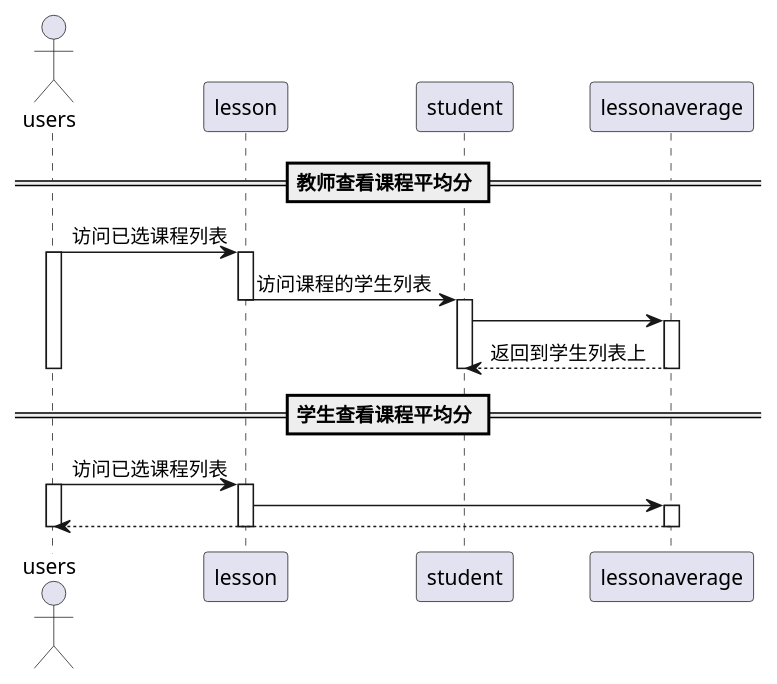
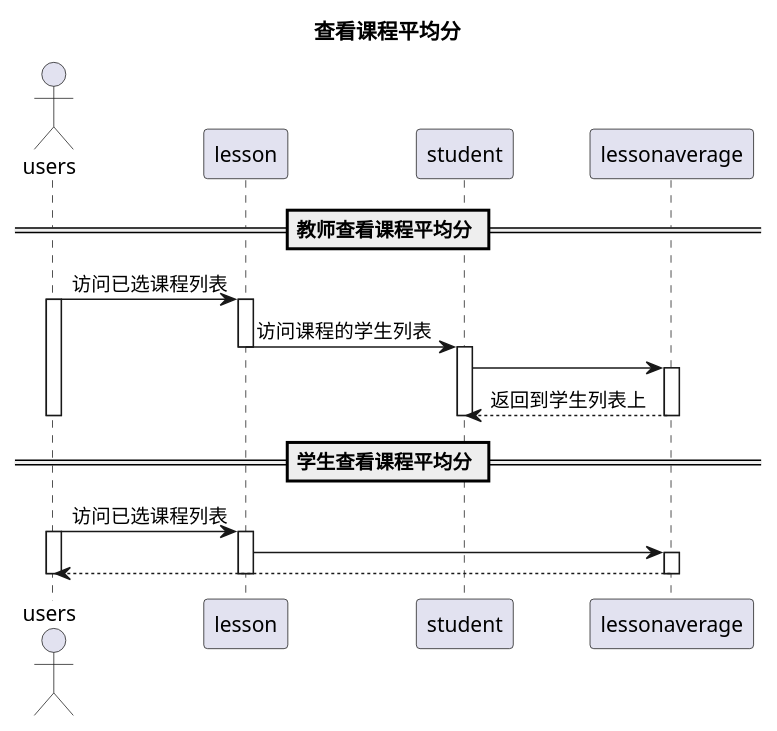
Before and after one commit to mzy1997/is_analysis: the diagram in test6/src/showLessonAverage.puml, drawn with PlantUML. The commit also changed 35 other files, not shown here.

```diff
--- a/test6/src/showLessonAverage.puml
+++ b/test6/src/showLessonAverage.puml
@@ -1,29 +1,30 @@
 @startuml
+title 查看课程平均分
 actor users
 participant lesson
 participant student
 participant lessonaverage
 == 教师查看课程平均分 ==
 users -> lesson:访问已选课程列表
 activate users
 activate lesson
 lesson -> student:访问课程的学生列表
 deactivate lesson
 activate student
 student ->lessonaverage
 activate lessonaverage
 lessonaverage --> student:返回到学生列表上
 deactivate student
 deactivate users
 deactivate lessonaverage
 == 学生查看课程平均分 ==
 users -> lesson:访问已选课程列表
 activate users
 activate lesson
 lesson ->lessonaverage
 activate lessonaverage
 lessonaverage -->users
 deactivate lessonaverage
 deactivate lesson
 deactivate users
 @enduml
```
